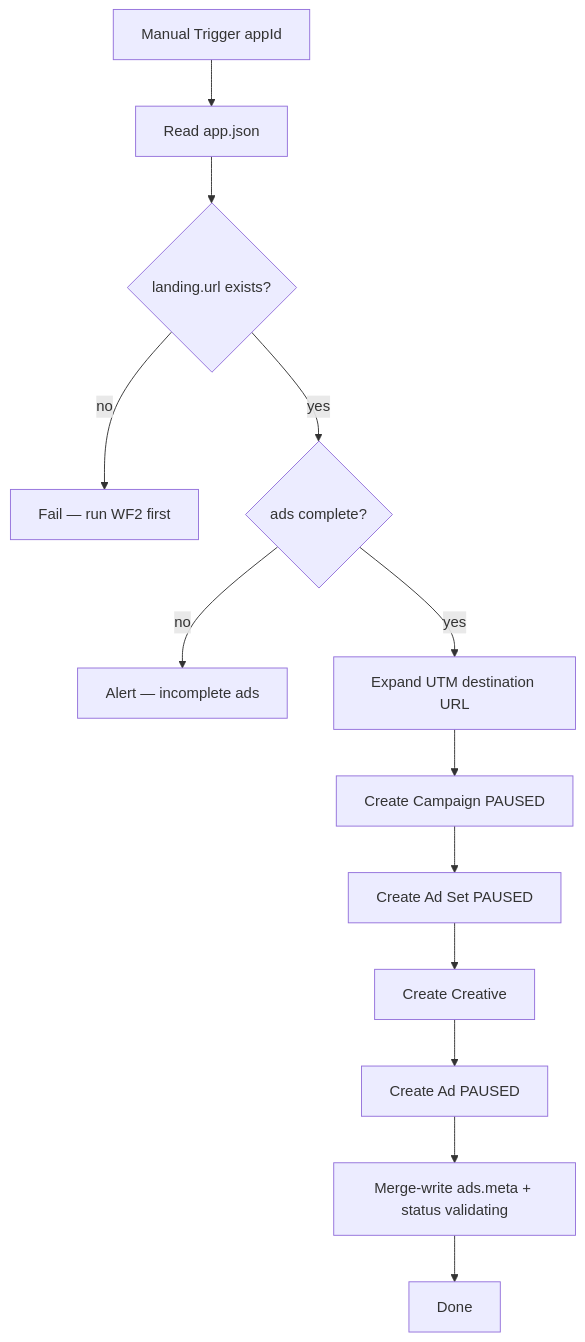
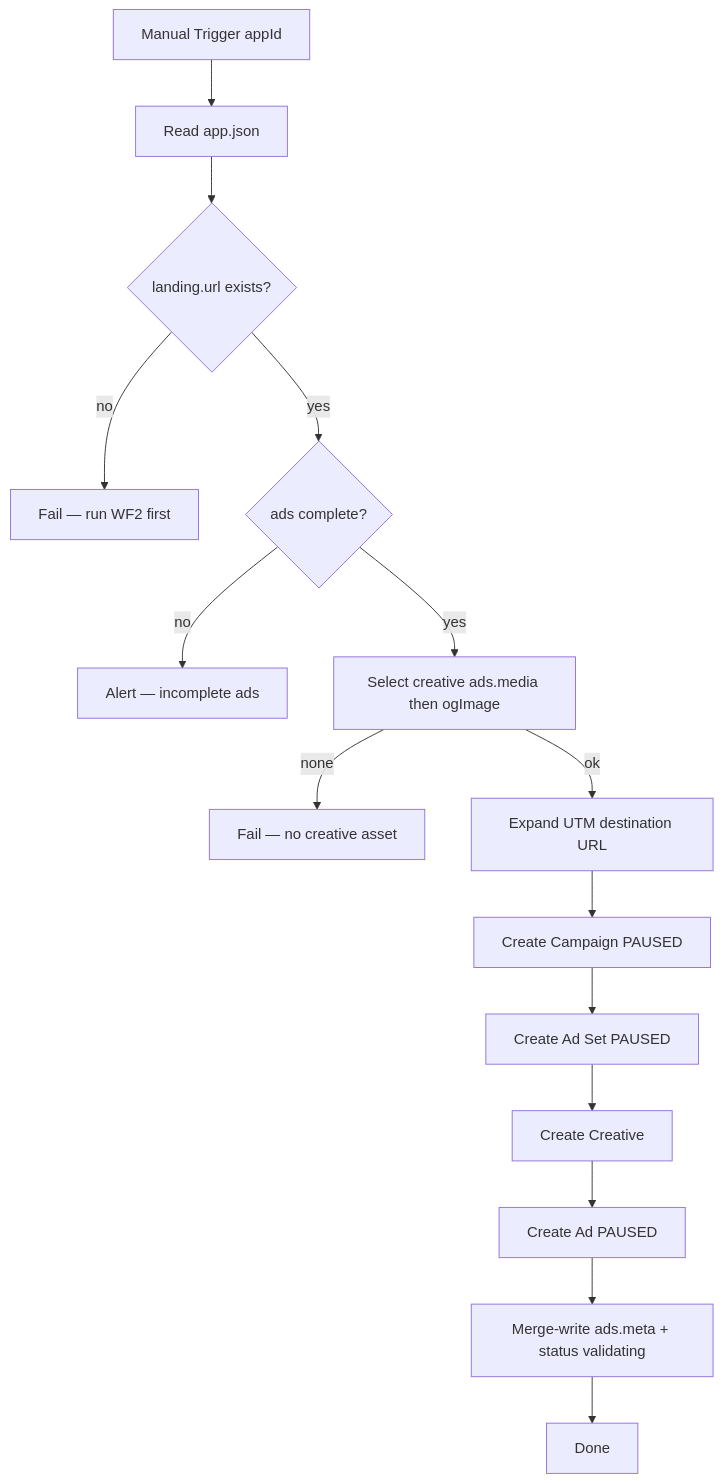
Before and after one commit to scootero/App-Validation-System: the first of 2 diagrams in n8n-workflows/WF-ADS-META-PIPELINE-BLUEPRINT.md, drawn with Mermaid. The commit also changed other lines of this file and 12 other files, not shown here.

````diff
--- a/n8n-workflows/WF-ADS-META-PIPELINE-BLUEPRINT.md
+++ b/n8n-workflows/WF-ADS-META-PIPELINE-BLUEPRINT.md
@@ -69,15 +74,17 @@
 ```mermaid
 flowchart TD
   T[Manual Trigger appId] --> R[Read app.json]
   R --> G1{landing.url exists?}
   G1 -->|no| ERR1[Fail — run WF2 first]
   G1 -->|yes| G2{ads complete?}
   G2 -->|no| ERR2[Alert — incomplete ads]
-  G2 -->|yes| UTM[Expand UTM destination URL]
+  G2 -->|yes| CRSEL[Select creative ads.media then ogImage]
+  CRSEL -->|none| ERR3[Fail — no creative asset]
+  CRSEL -->|ok| UTM[Expand UTM destination URL]
   UTM --> MC[Create Campaign PAUSED]
   MC --> AS[Create Ad Set PAUSED]
   AS --> CR[Create Creative]
   CR --> AD[Create Ad PAUSED]
   AD --> WB[Merge-write ads.meta + status validating]
   WB --> DONE[Done]
 ```
````
